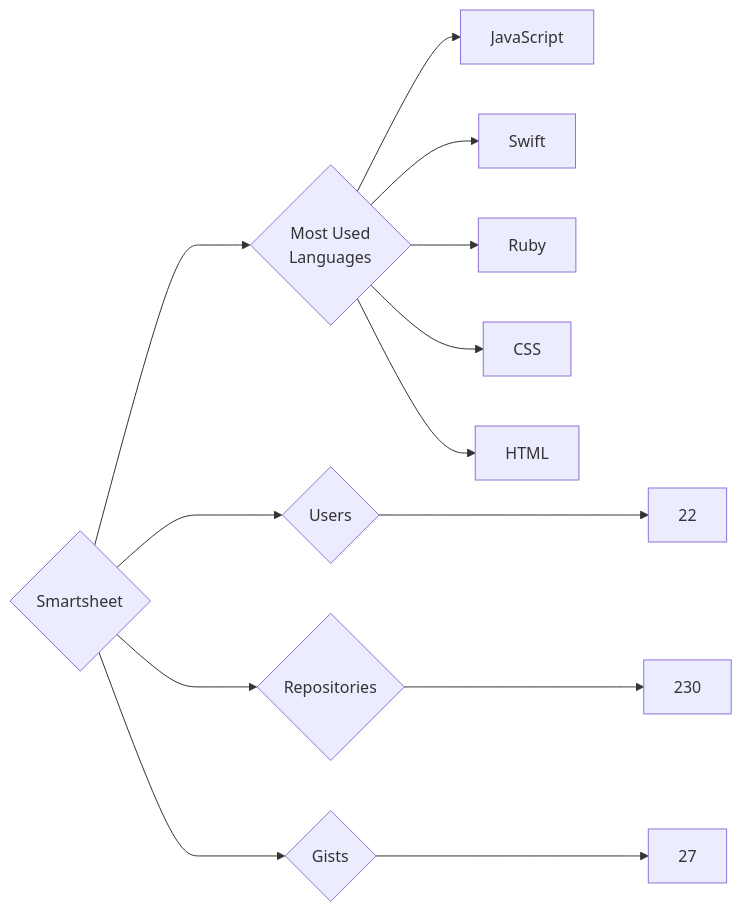
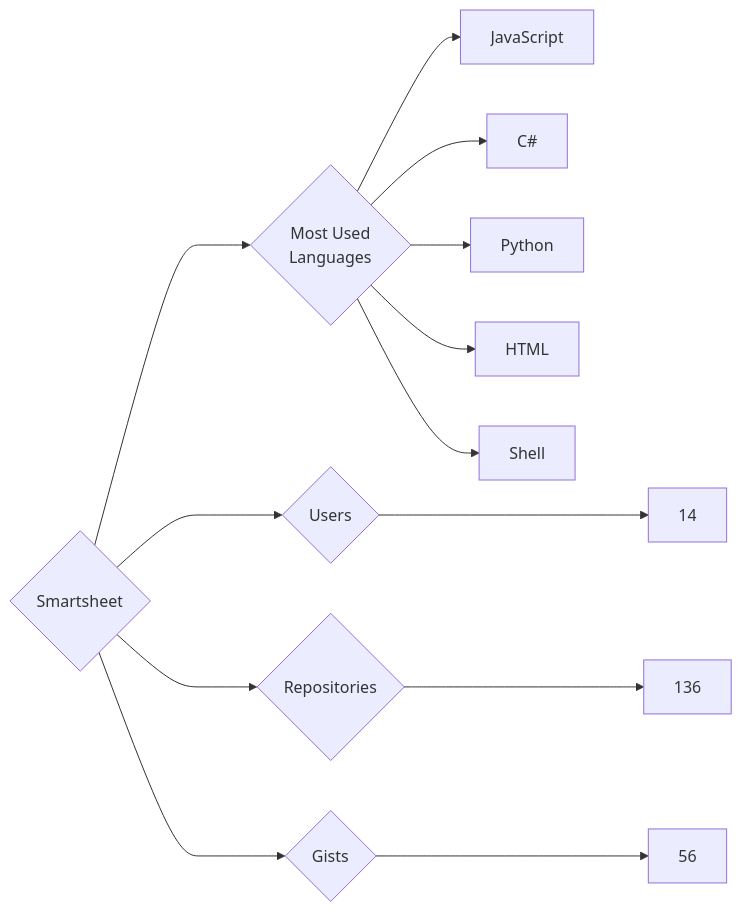
One commit to trickest/insiders changed the diagram in targets/Smartsheet/README.md. Above: the diagram before and after it, drawn with Mermaid. The commit also changed 995 other files, not shown here.

````diff
--- a/targets/Smartsheet/README.md
+++ b/targets/Smartsheet/README.md
@@ -3,13 +3,13 @@
 ```mermaid
 graph LR
 COMPANY_NAME{Smartsheet}
-COMPANY_NAME ---> U{Users} ---> UN[22]
-COMPANY_NAME ---> R{Repositories} ---> RN[230]
-COMPANY_NAME ---> G{Gists} ---> GN[27]
+COMPANY_NAME ---> U{Users} ---> UN[14]
+COMPANY_NAME ---> R{Repositories} ---> RN[136]
+COMPANY_NAME ---> G{Gists} ---> GN[56]
 COMPANY_NAME ---> ML{Most Used<br>Languages}
 ML --> JavaScript[JavaScript]
-ML --> Swift[Swift]
-ML --> Ruby[Ruby]
-ML --> CSS[CSS]
+ML --> C#[C#]
+ML --> Python[Python]
 ML --> HTML[HTML]
+ML --> Shell[Shell]
 ```
````
